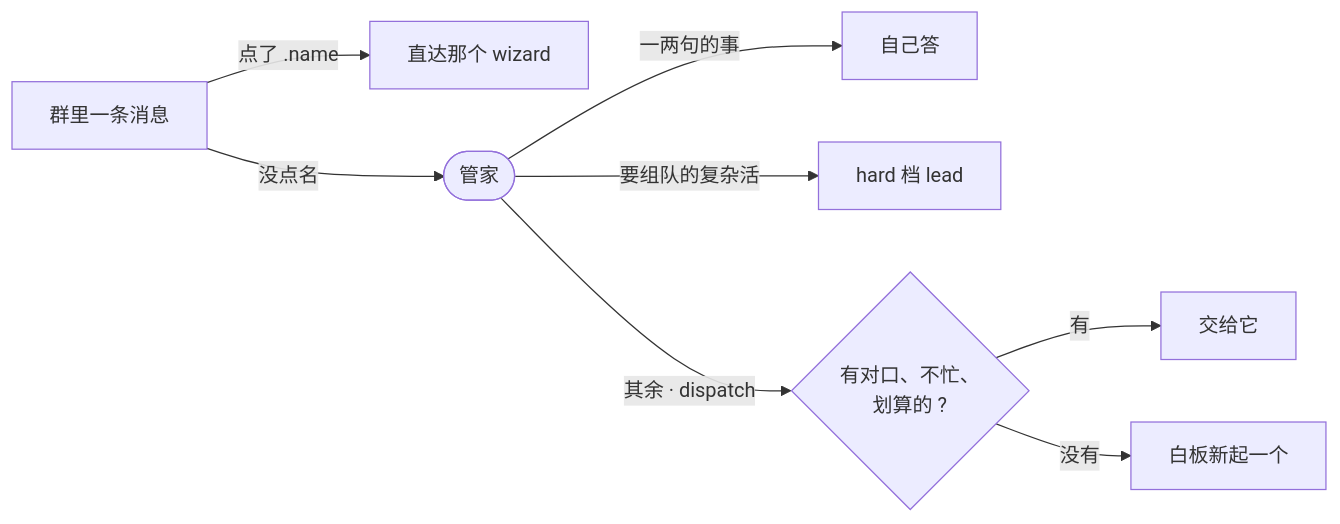
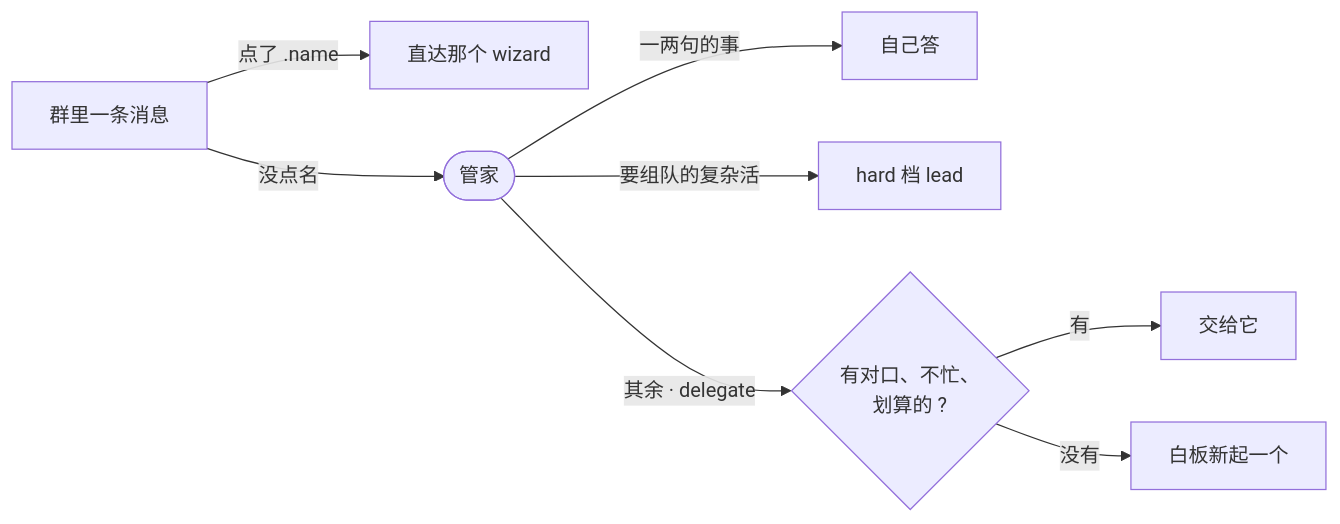
The first of 2 diagrams in README.md (guxi11/wezard), drawn with Mermaid before and after one commit. The commit also changed other lines of this file and 45 other files, not shown here.

````diff
--- a/README.md
+++ b/README.md
@@ -144,10 +144,10 @@
 ```mermaid
 flowchart LR
     msg["群里一条消息"] -- "点了 .name" --> direct["直达那个 wizard"]
     msg -- "没点名" --> butler(["管家"])
     butler -- "一两句的事" --> self["自己答"]
     butler -- "要组队的复杂活" --> lead["hard 档 lead"]
-    butler -- "其余 · dispatch" --> pick{"有对口、不忙、<br/>划算的 ?"}
+    butler -- "其余 · delegate" --> pick{"有对口、不忙、<br/>划算的 ?"}
     pick -- "有" --> exist["交给它"]
     pick -- "没有" --> fresh["白板新起一个"]
 ```
````
